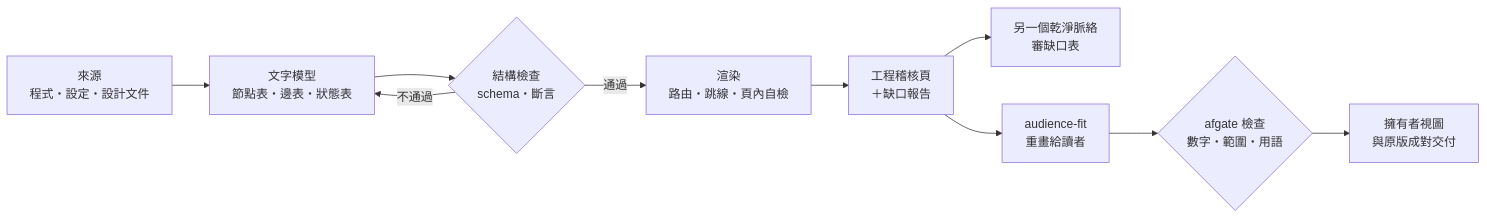
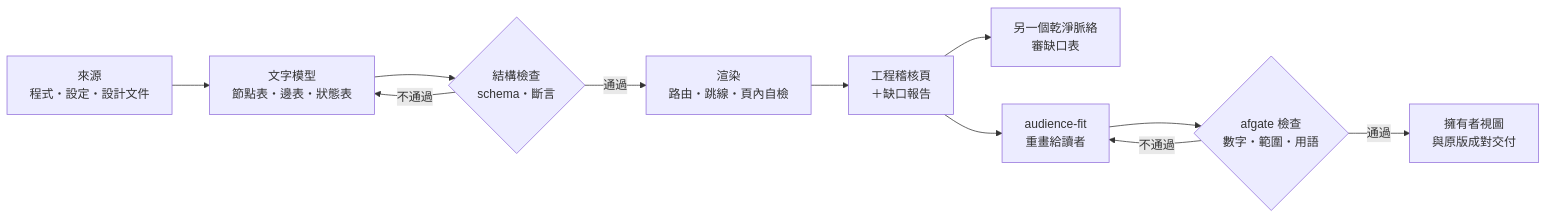
Before and after one commit to WizerdBaChe/diagram-audience-fit: the diagram in README.md, drawn with Mermaid. The commit also changed other lines of this file and 4 other files, not shown here.

First line of the commit message:
docs(readme): redraw the workflow figure with a numbered reading path

````diff
--- a/README.md
+++ b/README.md
@@ -97,12 +111,13 @@
 ```mermaid
 flowchart LR
   S["來源<br/>程式・設定・設計文件"] --> M["文字模型<br/>節點表・邊表・狀態表"]
   M --> G{"結構檢查<br/>schema・斷言"}
   G -- 不通過 --> M
   G -- 通過 --> R["渲染<br/>路由・跳線・頁內自檢"]
   R --> P["工程稽核頁<br/>＋缺口報告"]
   P --> V["另一個乾淨脈絡<br/>審缺口表"]
   P --> A["audience-fit<br/>重畫給讀者"]
   A --> K{"afgate 檢查<br/>數字・範圍・用語"}
-  K --> O["擁有者視圖<br/>與原版成對交付"]
+  K -- 不通過 --> A
+  K -- 通過 --> O["擁有者視圖<br/>與原版成對交付"]
 ```
````
